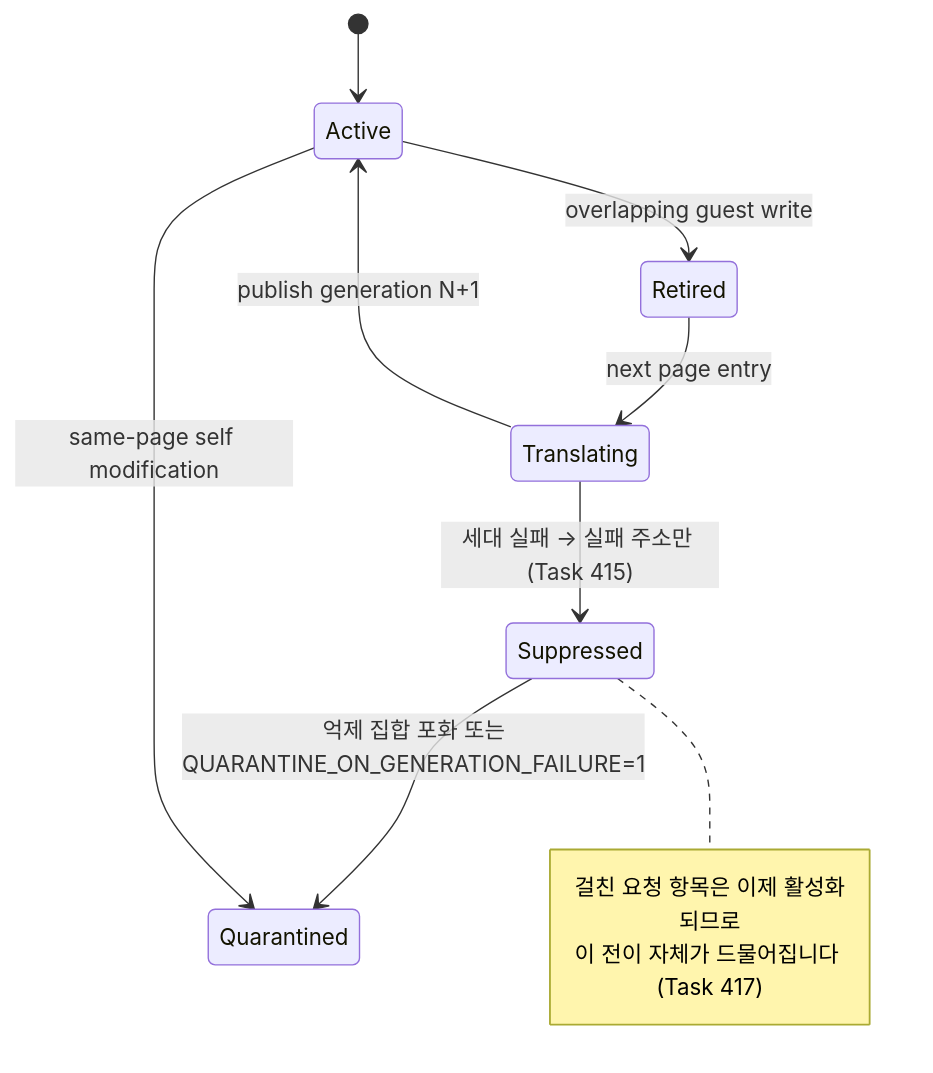
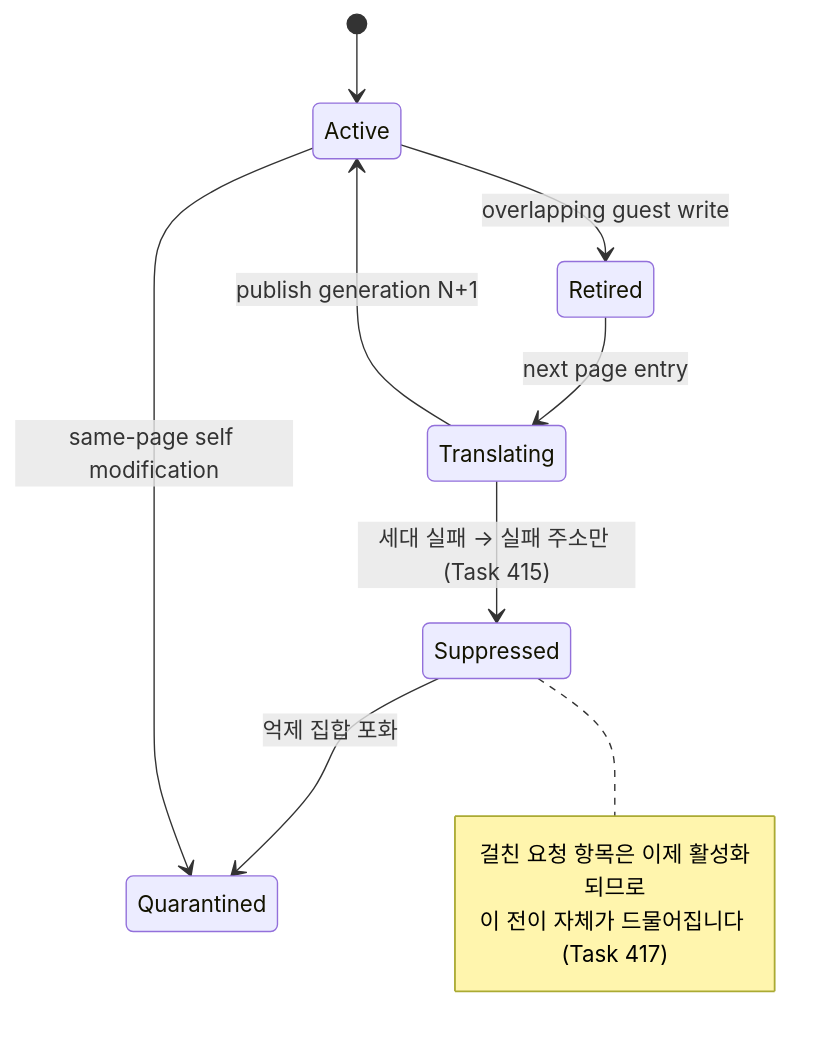
One commit to nworkers/rePIU changed diagram 19 of 36 in ARCHITECTURE.md. Above: the diagram before and after it, drawn with Mermaid. The commit also changed other lines of this file and 58 other files, not shown here.

````diff
--- a/ARCHITECTURE.md
+++ b/ARCHITECTURE.md
@@ -1939,14 +1897,14 @@
 ```mermaid
 stateDiagram-v2
     [*] --> Active
     Active --> Retired: overlapping guest write
     Retired --> Translating: next page entry
     Translating --> Active: publish generation N+1
     Translating --> Suppressed: 세대 실패 → 실패 주소만 (Task 415)
-    Suppressed --> Quarantined: 억제 집합 포화 또는<br/>QUARANTINE_ON_GENERATION_FAILURE=1
+    Suppressed --> Quarantined: 억제 집합 포화
     Active --> Quarantined: same-page self modification
     note right of Suppressed
         걸친 요청 항목은 이제 활성화되므로
         이 전이 자체가 드물어집니다 (Task 417)
     end note
 ```
````
